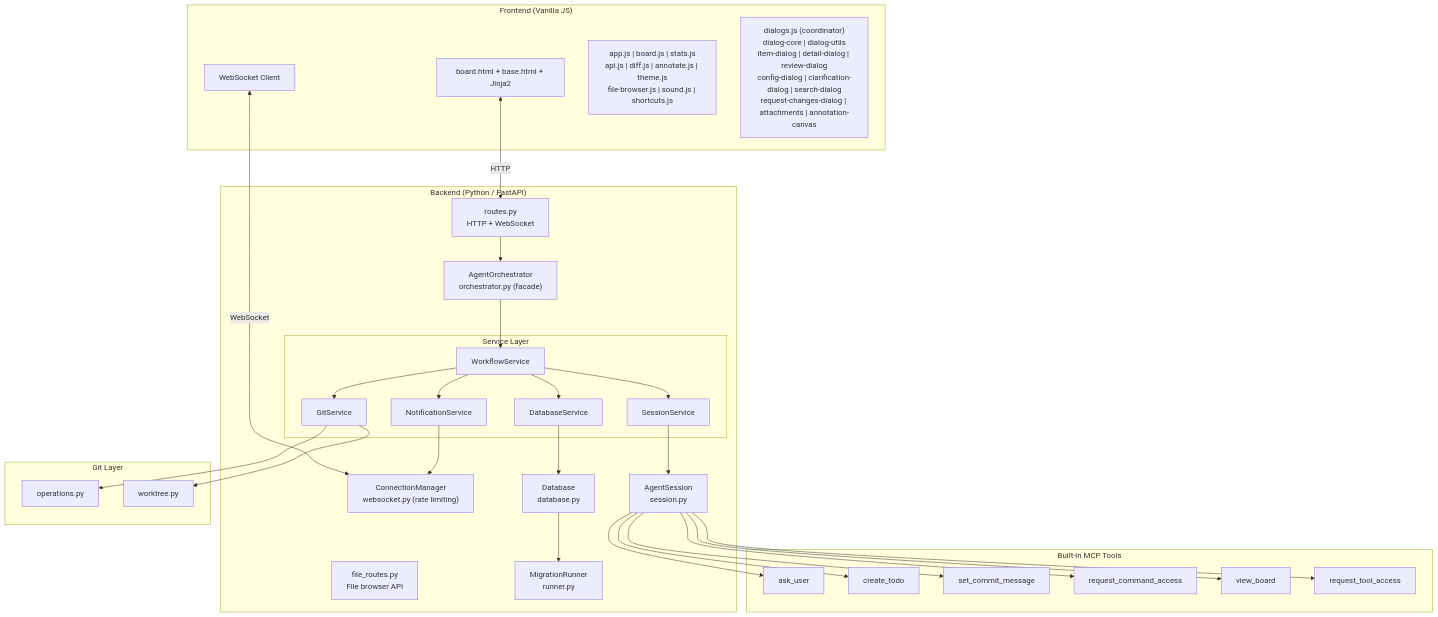
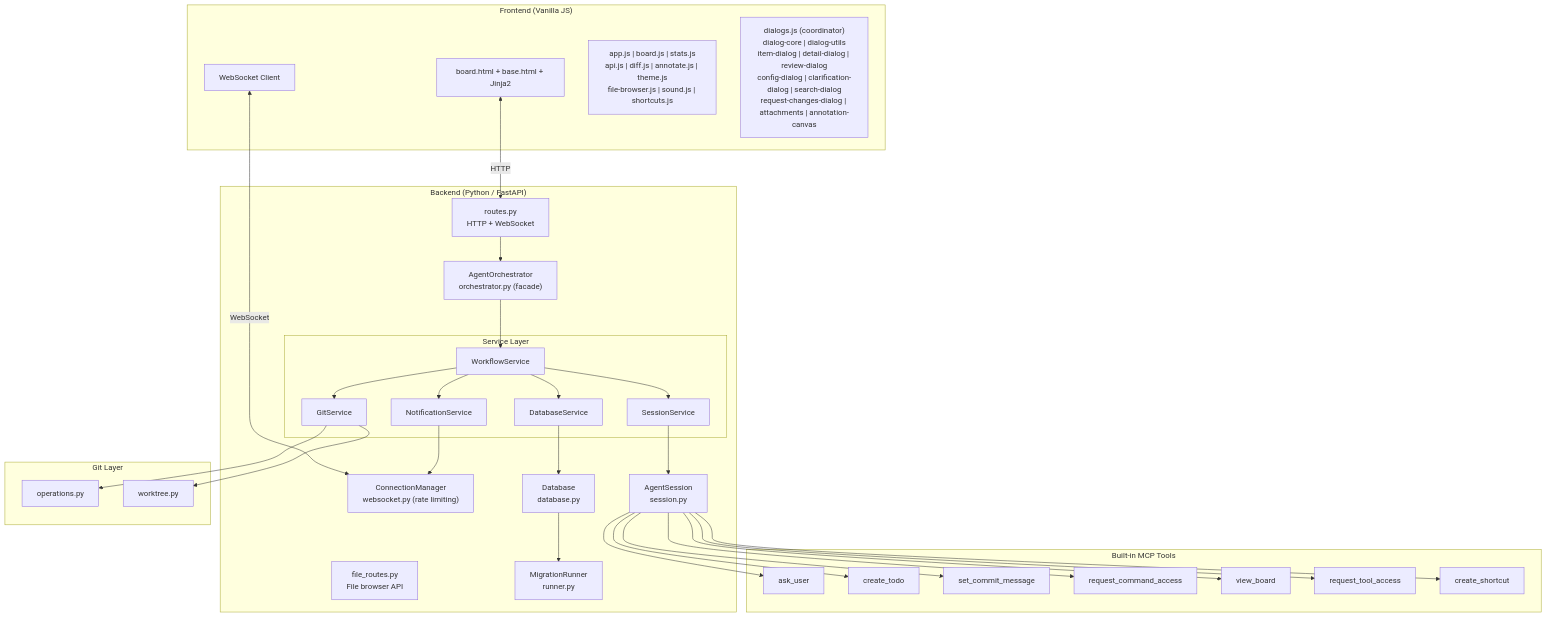
The first of 4 diagrams in CLAUDE.md (epatel/claude-agents-dashboard), drawn with Mermaid before and after one commit. The commit also changed other lines of this file and 2 other files, not shown here.

Commit message:
Update documentation with current line counts and new create_shortcut MCP tool

````diff
--- a/CLAUDE.md
+++ b/CLAUDE.md
@@ -33,61 +33,63 @@
 ```mermaid
 graph TB
     subgraph Frontend["Frontend (Vanilla JS)"]
         UI["board.html + base.html + Jinja2"]
         WS["WebSocket Client"]
         Modules["app.js | board.js | stats.js<br/>api.js | diff.js | annotate.js | theme.js<br/>file-browser.js | sound.js | shortcuts.js"]
         DlgModules["dialogs.js (coordinator)<br/>dialog-core | dialog-utils<br/>item-dialog | detail-dialog | review-dialog<br/>config-dialog | clarification-dialog | search-dialog<br/>request-changes-dialog | attachments | annotation-canvas"]
     end
 
     subgraph Backend["Backend (Python / FastAPI)"]
         R["routes.py<br/>HTTP + WebSocket"]
         FR["file_routes.py<br/>File browser API"]
         WSM["ConnectionManager<br/>websocket.py (rate limiting)"]
         O["AgentOrchestrator<br/>orchestrator.py (facade)"]
         subgraph SvcLayer["Service Layer"]
             WF["WorkflowService"]
             DBS["DatabaseService"]
             NS["NotificationService"]
             GS["GitService"]
             SS["SessionService"]
         end
         Sess["AgentSession<br/>session.py"]
         D["Database<br/>database.py"]
         M["MigrationRunner<br/>runner.py"]
     end
 
     subgraph MCPTools["Built-in MCP Tools"]
         C["ask_user"]
         T["create_todo"]
         CM["set_commit_message"]
         CA["request_command_access"]
         BV["view_board"]
         TA["request_tool_access"]
+        SC["create_shortcut"]
     end
 
     subgraph Git["Git Layer"]
         GO["operations.py"]
         GW["worktree.py"]
     end
 
     UI <-->|"HTTP"| R
     WS <-->|"WebSocket"| WSM
     R --> O
     O --> WF
     WF --> DBS
     WF --> GS
     WF --> NS
     WF --> SS
     SS --> Sess
     Sess --> C
     Sess --> T
     Sess --> CM
     Sess --> CA
     Sess --> BV
+    Sess --> SC
     Sess --> TA
     DBS --> D
     NS --> WSM
     D --> M
     GS --> GO
     GS --> GW
 ```
````
